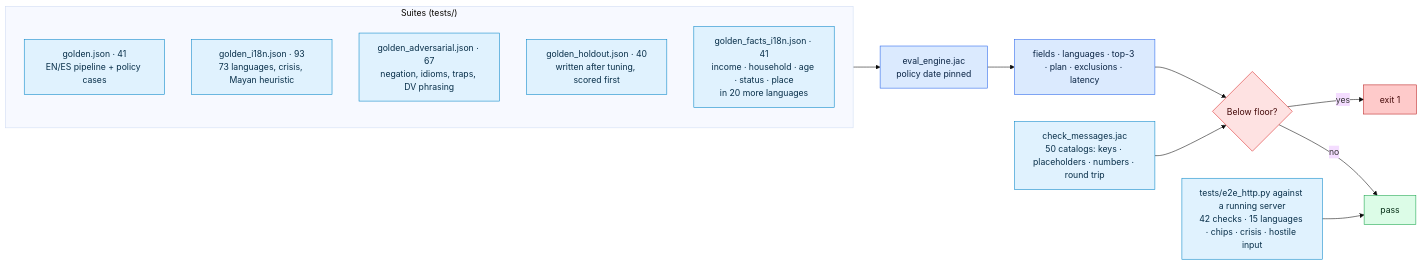
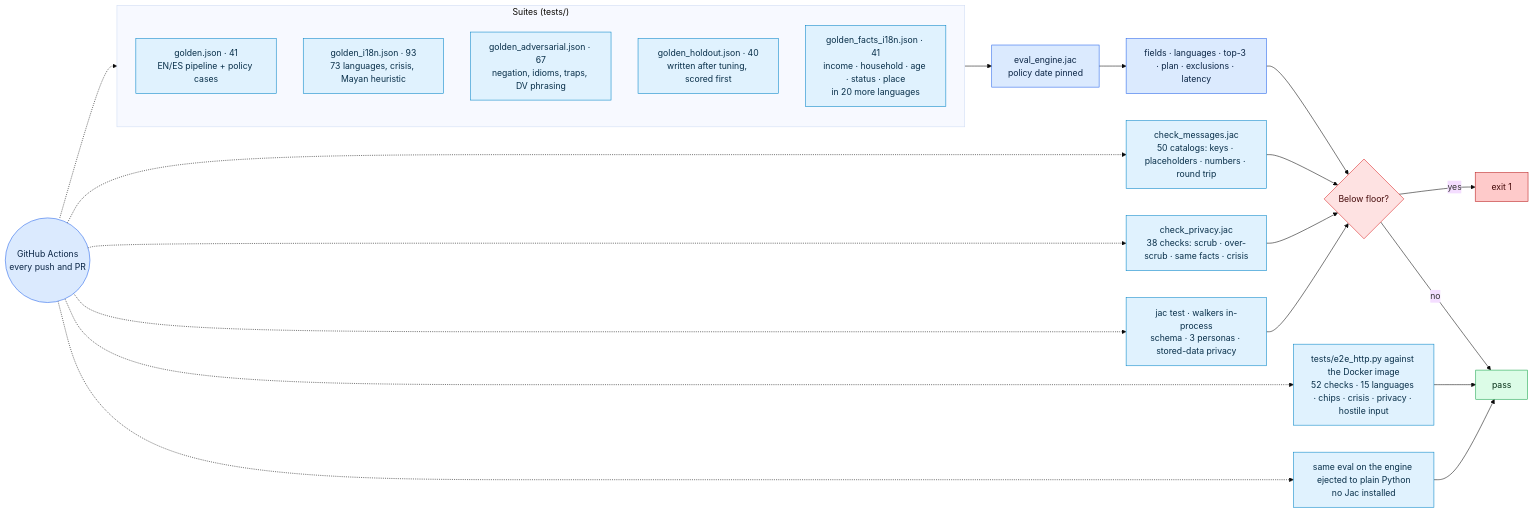
One commit to Anbu-00001/CivicMesh changed diagram 11 of 11 in README.md. Above: the diagram before and after it, drawn with Mermaid (base theme). The commit also changed other lines of this file and 80 other files, not shown here.

First line of the commit message:
Graph tab as a decision flow; privacy guard, Delete my data and clean logs; CI; translation-review safeguards; maintenance plan

````diff
--- a/README.md
+++ b/README.md
@@ -429,24 +533,28 @@
 ```mermaid
 flowchart LR
     subgraph S["Suites (tests/)"]
         direction TB
         G1[golden.json · 41<br/>EN/ES pipeline + policy cases]:::t
         G2[golden_i18n.json · 93<br/>73 languages, crisis, Mayan heuristic]:::t
         G3[golden_adversarial.json · 67<br/>negation, idioms, traps, DV phrasing]:::t
         G4[golden_holdout.json · 40<br/>written after tuning, scored first]:::t
         G5[golden_facts_i18n.json · 41<br/>income · household · age · status · place<br/>in 20 more languages]:::t
     end
     S --> EV[eval_engine.jac<br/>policy date pinned]:::det
     EV --> MX[fields · languages · top-3 · plan · exclusions · latency]:::det
     MX --> GATE{Below floor?}:::safety
     GATE -->|yes| FAIL[exit 1]:::bad
     GATE -->|no| PASS[pass]:::ok
     CM[check_messages.jac<br/>50 catalogs: keys · placeholders · numbers · round trip]:::t --> GATE
-    E2E[tests/e2e_http.py against a running server<br/>42 checks · 15 languages · chips · crisis · hostile input]:::t --> PASS
+    PV[check_privacy.jac<br/>38 checks: scrub · over-scrub · same facts · crisis]:::t --> GATE
+    WT[jac test · walkers in-process<br/>schema · 3 personas · stored-data privacy]:::t --> GATE
+    E2E[tests/e2e_http.py against the Docker image<br/>52 checks · 15 languages · chips · crisis · privacy · hostile input]:::t --> PASS
+    PORT[same eval on the engine ejected to plain Python<br/>no Jac installed]:::t --> PASS
+    CI((GitHub Actions<br/>every push and PR)):::det -.-> S & CM & PV & WT & E2E & PORT
 
     classDef t fill:#e0f2fe,stroke:#0284c7,color:#082f49
     classDef det fill:#dbeafe,stroke:#2563eb,color:#0b2545
     classDef safety fill:#fee2e2,stroke:#dc2626,color:#450a0a
     classDef bad fill:#fecaca,stroke:#b91c1c,color:#450a0a
     classDef ok fill:#dcfce7,stroke:#16a34a,color:#052e16
 ```
````
